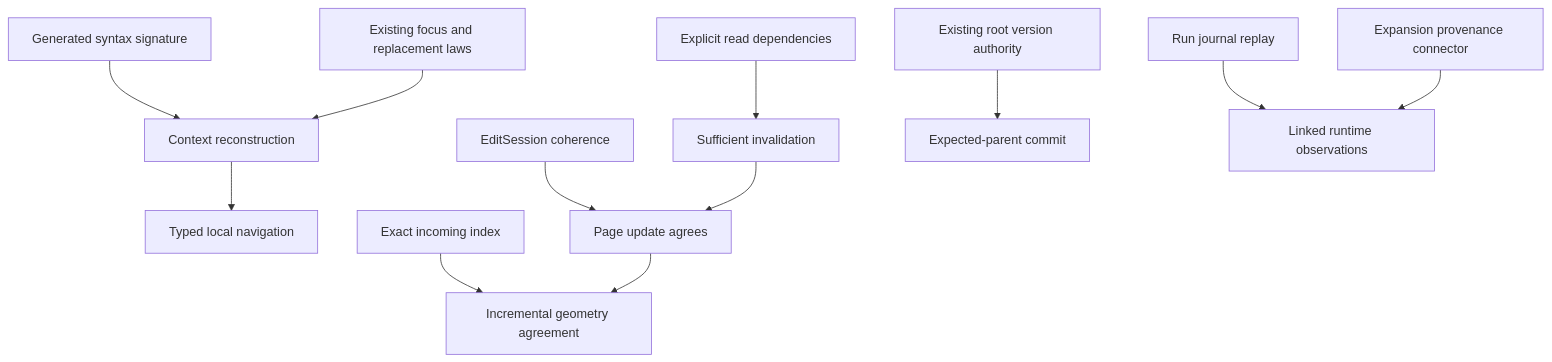
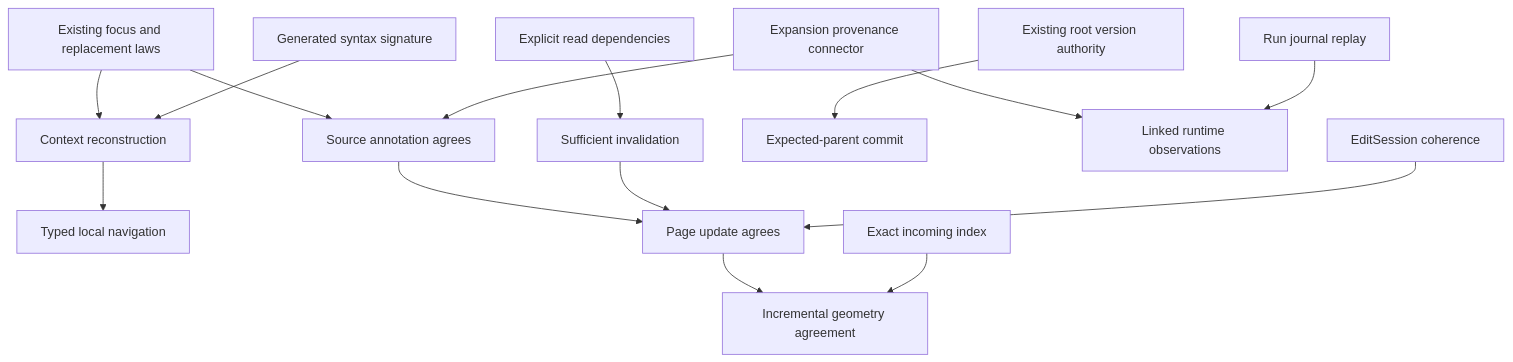
Before and after one commit to pure-algebra/lean4-effect4: the second of 2 diagrams in docs/research/2026-10-10-live-graph-support/THEORY.md, drawn with Mermaid. The commit also changed other lines of this file and 10 other files, not shown here.

Commit message:
Retain graph research inventory and source-view proof follow-up

````diff
--- a/docs/research/2026-10-10-live-graph-support/THEORY.md
+++ b/docs/research/2026-10-10-live-graph-support/THEORY.md
@@ -191,14 +192,17 @@
 ```mermaid
 flowchart TD
   SIG[Generated syntax signature] --> ZIP[Context reconstruction]
   FOCUS[Existing focus and replacement laws] --> ZIP
   ZIP --> NAV[Typed local navigation]
   COH[EditSession coherence] --> PAGE[Page update agrees]
   DEP[Explicit read dependencies] --> INV[Sufficient invalidation]
   INV --> PAGE
   IDX[Exact incoming index] --> GEOM[Incremental geometry agreement]
   PAGE --> GEOM
   STORE[Existing root version authority] --> COMMIT[Expected-parent commit]
   REPLAY[Run journal replay] --> LINK[Linked runtime observations]
   EXP[Expansion provenance connector] --> LINK
+  EXP --> ANN[Source annotation agrees]
+  FOCUS --> ANN
+  ANN --> PAGE
 ```
````
